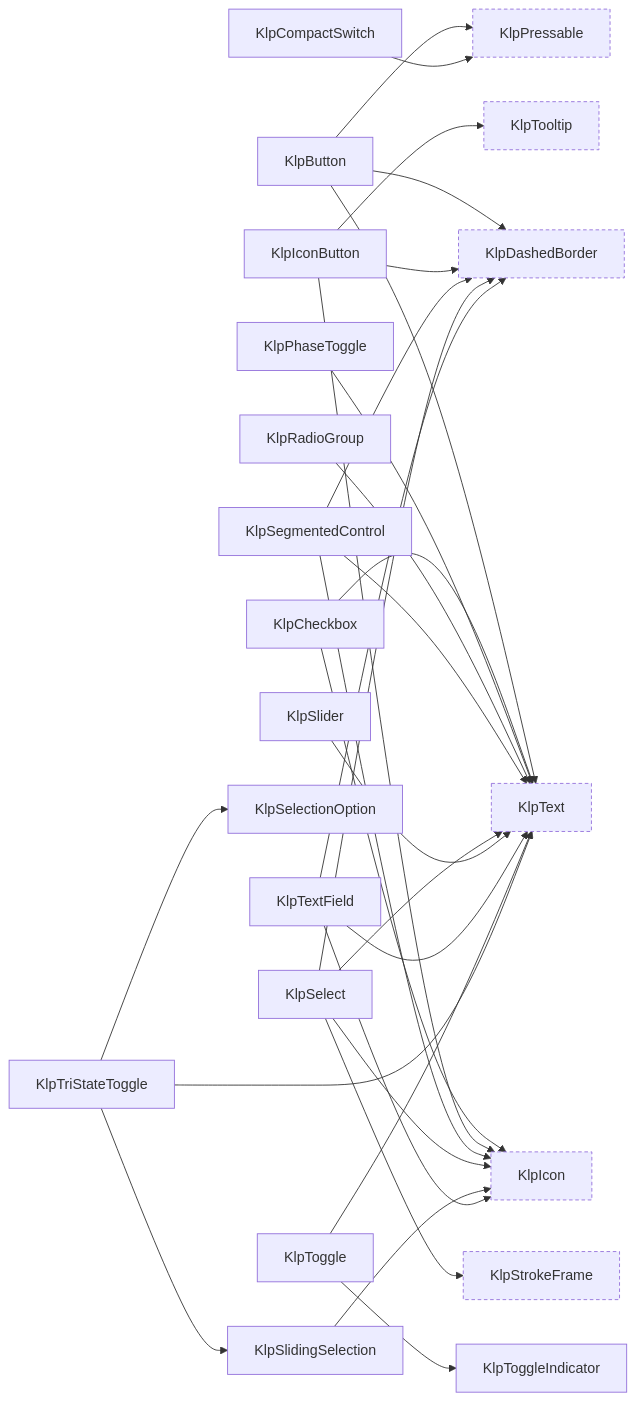
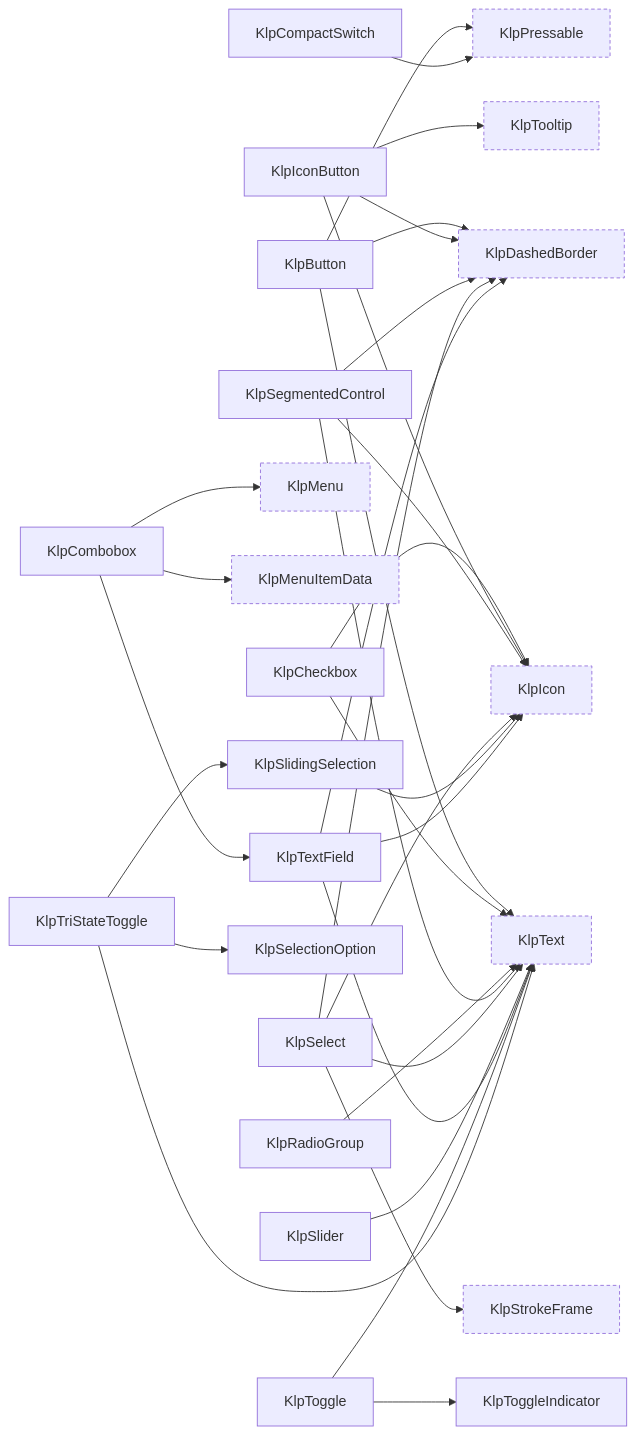
Before and after one commit to MiuDog/Kallopis: the ninth of 16 diagrams in spec/component-inventory.md, drawn with Mermaid. The commit also changed other lines of this file and 8 other files, not shown here.

````diff
--- a/spec/component-inventory.md
+++ b/spec/component-inventory.md
@@ -425,53 +411,57 @@
 ```mermaid
 graph LR
   KlpButton["KlpButton"]
   KlpCheckbox["KlpCheckbox"]
+  KlpCombobox["KlpCombobox"]
   KlpCompactSwitch["KlpCompactSwitch"]
   KlpDashedBorder["KlpDashedBorder"]:::external
   KlpIcon["KlpIcon"]:::external
   KlpIconButton["KlpIconButton"]
-  KlpPhaseToggle["KlpPhaseToggle"]
+  KlpMenu["KlpMenu"]:::external
+  KlpMenuItemData["KlpMenuItemData"]:::external
   KlpPressable["KlpPressable"]:::external
   KlpRadioGroup["KlpRadioGroup"]
   KlpSegmentedControl["KlpSegmentedControl"]
   KlpSelect["KlpSelect"]
   KlpSelectionOption["KlpSelectionOption"]
   KlpSlider["KlpSlider"]
   KlpSlidingSelection["KlpSlidingSelection"]
   KlpStrokeFrame["KlpStrokeFrame"]:::external
   KlpText["KlpText"]:::external
   KlpTextField["KlpTextField"]
   KlpToggle["KlpToggle"]
   KlpToggleIndicator["KlpToggleIndicator"]
   KlpTooltip["KlpTooltip"]:::external
   KlpTriStateToggle["KlpTriStateToggle"]
   KlpButton --> KlpDashedBorder
   KlpButton --> KlpPressable
   KlpButton --> KlpText
   KlpCheckbox --> KlpIcon
   KlpCheckbox --> KlpText
+  KlpCombobox --> KlpMenu
+  KlpCombobox --> KlpMenuItemData
+  KlpCombobox --> KlpTextField
   KlpCompactSwitch --> KlpPressable
   KlpIconButton --> KlpDashedBorder
   KlpIconButton --> KlpIcon
   KlpIconButton --> KlpTooltip
-  KlpPhaseToggle --> KlpText
   KlpRadioGroup --> KlpText
   KlpSegmentedControl --> KlpDashedBorder
   KlpSegmentedControl --> KlpIcon
   KlpSegmentedControl --> KlpText
   KlpSelect --> KlpDashedBorder
   KlpSelect --> KlpIcon
   KlpSelect --> KlpStrokeFrame
   KlpSelect --> KlpText
   KlpSlider --> KlpText
   KlpSlidingSelection --> KlpIcon
   KlpTextField --> KlpDashedBorder
   KlpTextField --> KlpIcon
   KlpTextField --> KlpText
   KlpToggle --> KlpText
   KlpToggle --> KlpToggleIndicator
   KlpTriStateToggle --> KlpSelectionOption
   KlpTriStateToggle --> KlpSlidingSelection
   KlpTriStateToggle --> KlpText
   classDef external stroke-dasharray: 4 3;
 ```
````
